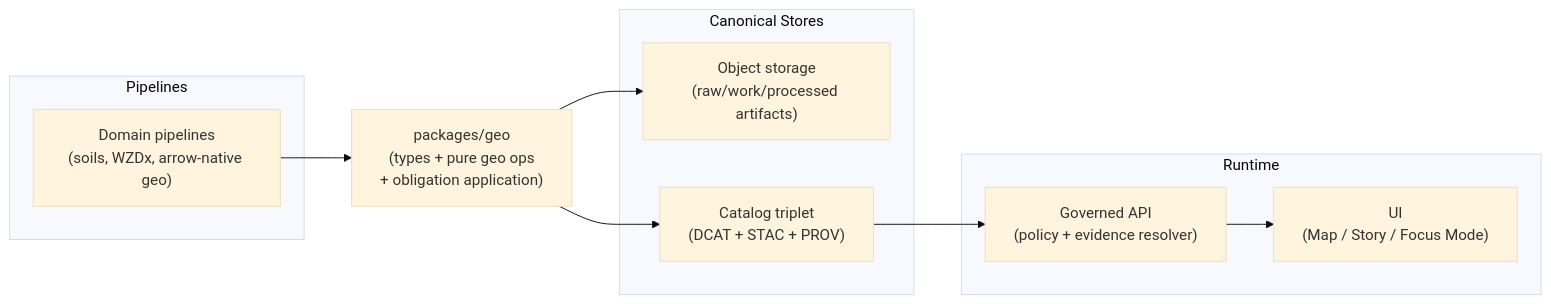
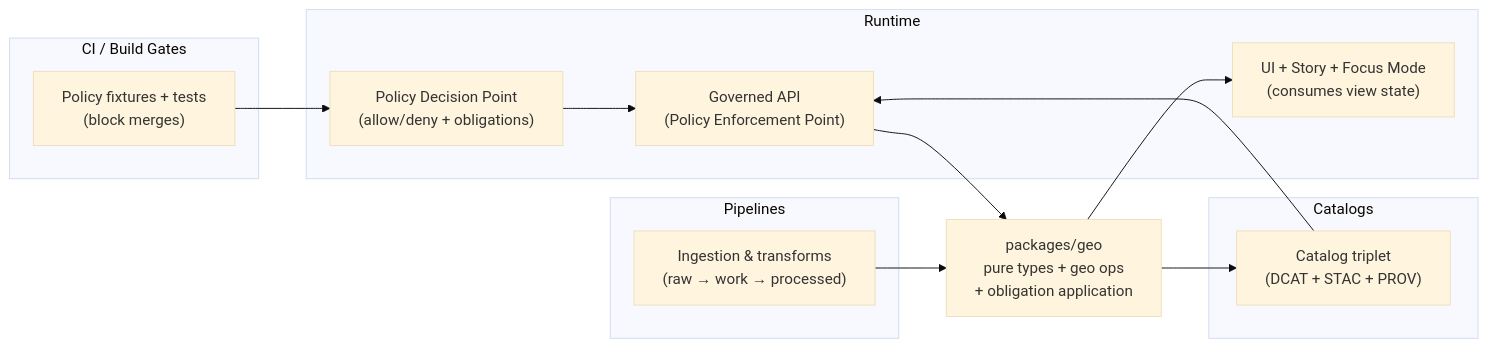
The diagram in packages/geo/README.md (bartytime4life/Kansas-Frontier-Matrix), drawn with Mermaid (base theme) before and after one commit. The commit also changed other lines of this file, not shown here.

````diff
--- a/packages/geo/README.md
+++ b/packages/geo/README.md
@@ -142,24 +72,30 @@
 ```mermaid
 flowchart LR
-  subgraph Pipelines
-    P["Domain pipelines\n(soils, WZDx, arrow-native geo)"]
+  subgraph CI["CI / Build Gates"]
+    POLICYTESTS["Policy fixtures + tests\n(block merges)"]
   end
 
-  subgraph Canonical Stores
-    O["Object storage\n(raw/work/processed artifacts)"]
-    CAT["Catalog triplet\n(DCAT + STAC + PROV)"]
+  subgraph Pipelines
+    PIPE["Ingestion & transforms\n(raw → work → processed)"]
+  end
+
+  subgraph Catalogs
+    TRIPLET["Catalog triplet\n(DCAT + STAC + PROV)"]
   end
 
   subgraph Runtime
-    API["Governed API\n(policy + evidence resolver)"]
-    UI["UI\n(Map / Story / Focus Mode)"]
+    PDP["Policy Decision Point\n(allow/deny + obligations)"]
+    API["Governed API\n(Policy Enforcement Point)"]
+    UI["UI + Story + Focus Mode\n(consumes view state)"]
   end
 
-  GEO["packages/geo\n(types + pure geo ops\n+ obligation application)"]
+  GEO["packages/geo\npure types + geo ops\n+ obligation application"]
 
-  P --> GEO
-  GEO --> O
-  GEO --> CAT
-  CAT --> API
-  API --> UI
+  PIPE --> GEO
+  GEO --> TRIPLET
+  TRIPLET --> API
+  PDP --> API
+  API --> GEO
+  GEO --> UI
+  POLICYTESTS --> PDP
 ```
````
